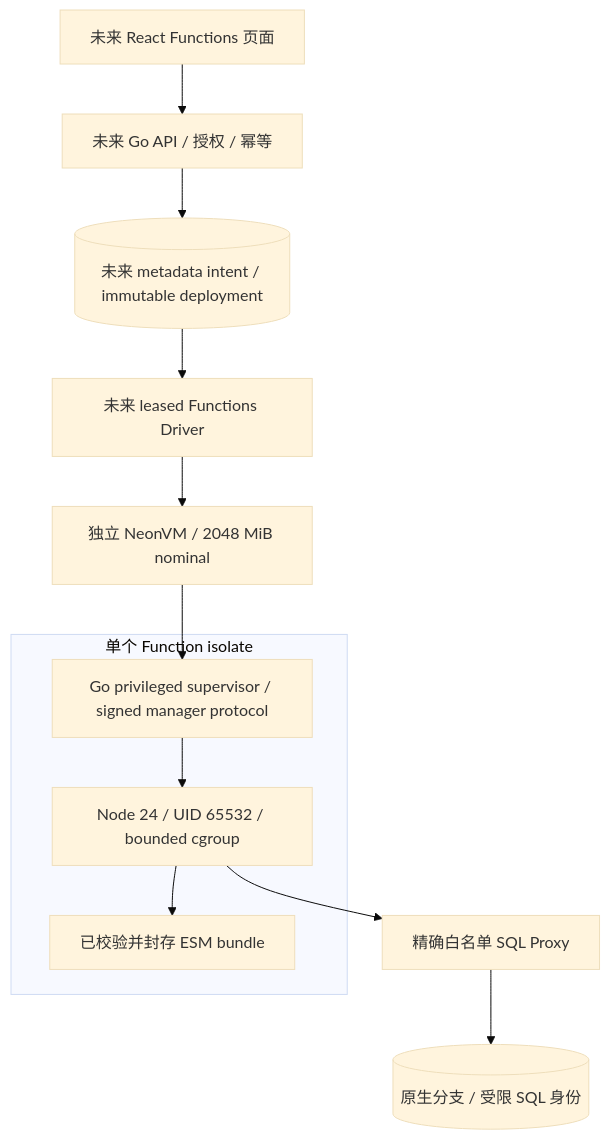
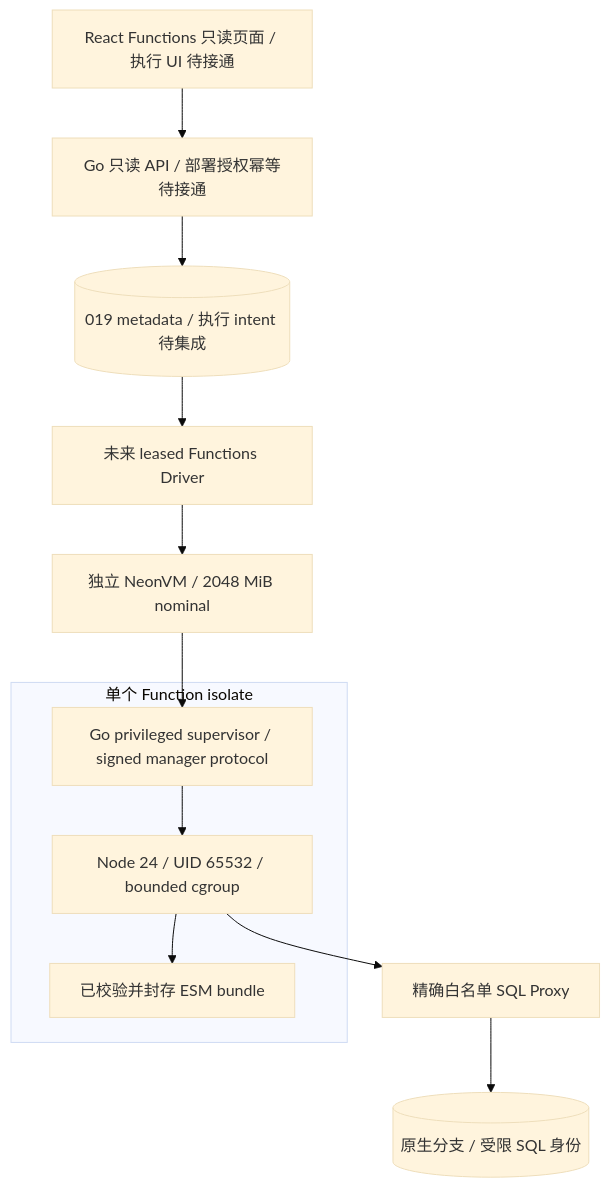
Before and after one commit to william-lbn/control-plane: the first of 2 diagrams in docs/FUNCTIONS-IMPLEMENTATION.md, drawn with Mermaid (base theme). The commit also changed other lines of this file and 5 other files, not shown here.

````diff
--- a/docs/FUNCTIONS-IMPLEMENTATION.md
+++ b/docs/FUNCTIONS-IMPLEMENTATION.md
@@ -38,17 +38,17 @@
 ```mermaid
 flowchart TB
-  UI[未来 React Functions 页面] --> CP[未来 Go API / 授权 / 幂等]
-  CP --> Meta[(未来 metadata intent / immutable deployment)]
+  UI[React Functions 只读页面 / 执行 UI 待接通] --> CP[Go 只读 API / 部署授权幂等待接通]
+  CP --> Meta[(019 metadata / 执行 intent 待集成)]
   Meta --> Worker[未来 leased Functions Driver]
   Worker --> VM[独立 NeonVM / 2048 MiB nominal]
   subgraph Guest[单个 Function isolate]
     Manager[Go privileged supervisor / signed manager protocol]
     Node[Node 24 / UID 65532 / bounded cgroup]
     Bundle[已校验并封存 ESM bundle]
     Manager --> Node
     Node --> Bundle
   end
   VM --> Manager
   Node --> Proxy[精确白名单 SQL Proxy]
   Proxy --> Branch[(原生分支 / 受限 SQL 身份)]
 ```
````
